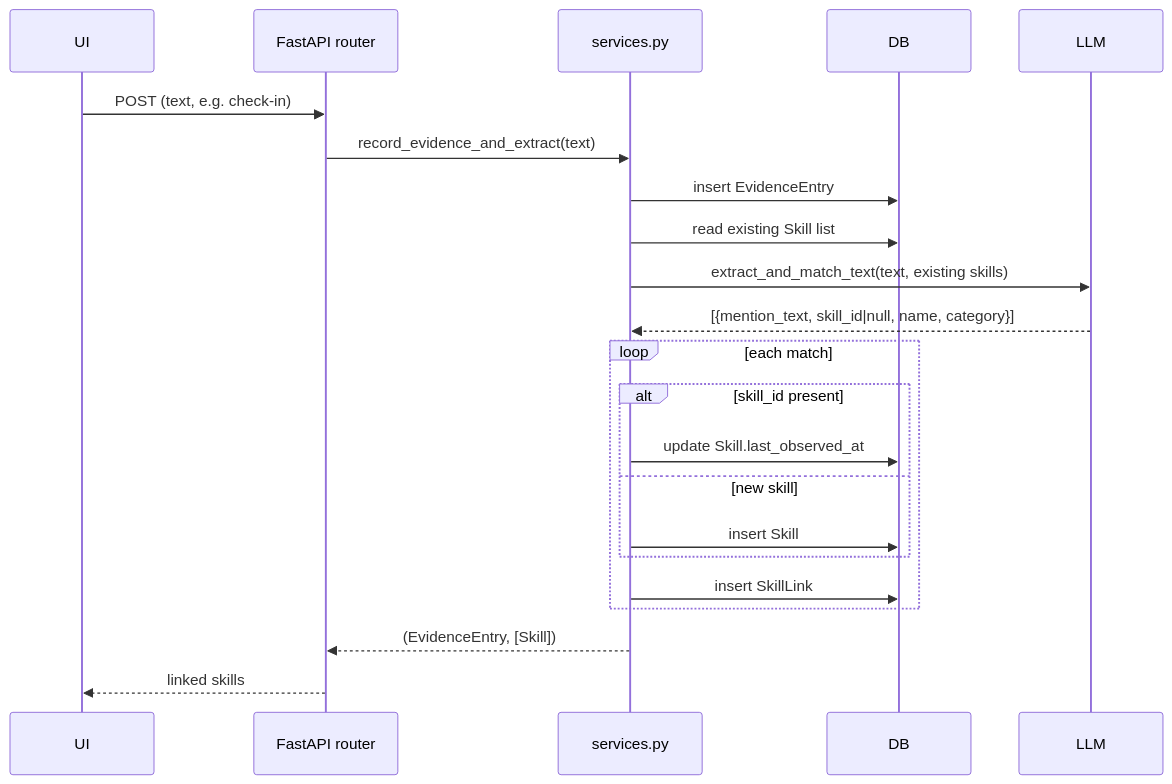
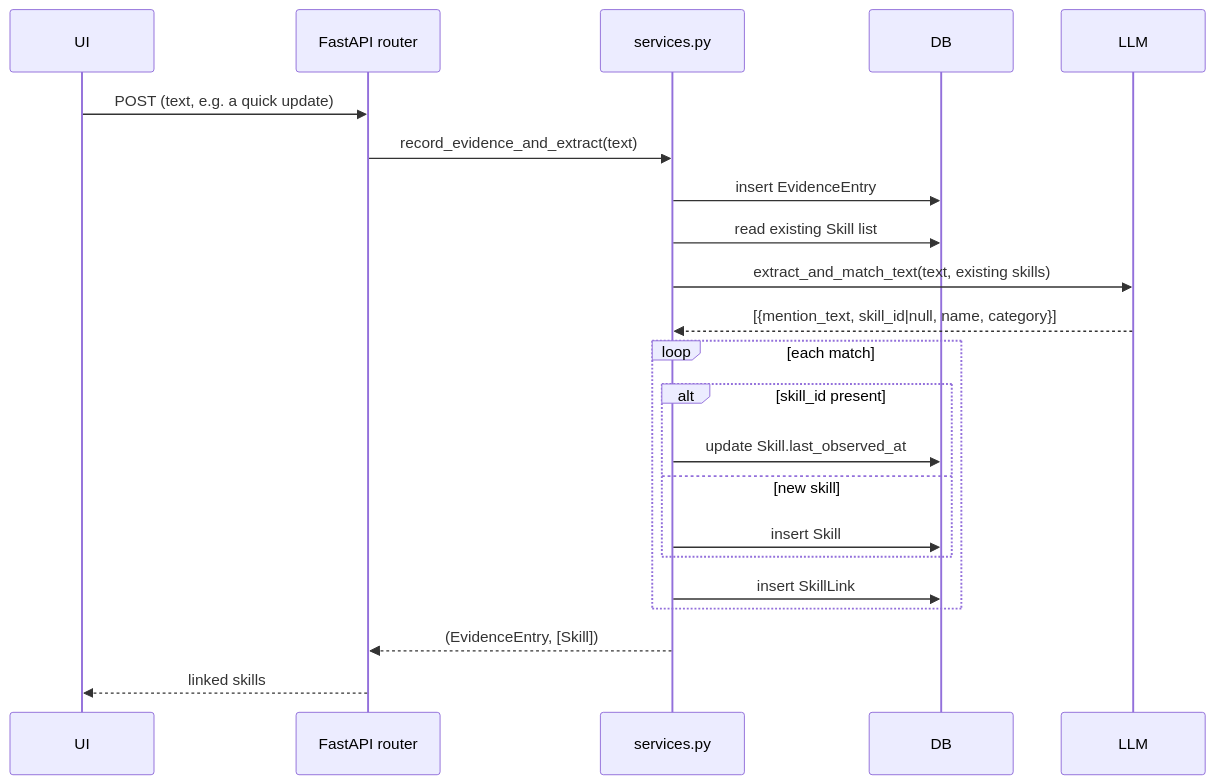
The second of 2 diagrams in docs/ARCHITECTURE.md (tkm112345/skillgrowth), drawn with Mermaid before and after one commit. The commit also changed other lines of this file and 6 other files, not shown here.

````diff
--- a/docs/ARCHITECTURE.md
+++ b/docs/ARCHITECTURE.md
@@ -112,25 +114,25 @@
 ```mermaid
 sequenceDiagram
   participant UI
   participant API as FastAPI router
   participant Svc as services.py
   participant DB
   participant LLM
 
-  UI->>API: POST (text, e.g. check-in)
+  UI->>API: POST (text, e.g. a quick update)
   API->>Svc: record_evidence_and_extract(text)
   Svc->>DB: insert EvidenceEntry
   Svc->>DB: read existing Skill list
   Svc->>LLM: extract_and_match_text(text, existing skills)
   LLM-->>Svc: [{mention_text, skill_id|null, name, category}]
   loop each match
     alt skill_id present
       Svc->>DB: update Skill.last_observed_at
     else new skill
       Svc->>DB: insert Skill
     end
     Svc->>DB: insert SkillLink
   end
   Svc-->>API: (EvidenceEntry, [Skill])
   API-->>UI: linked skills
 ```
````
